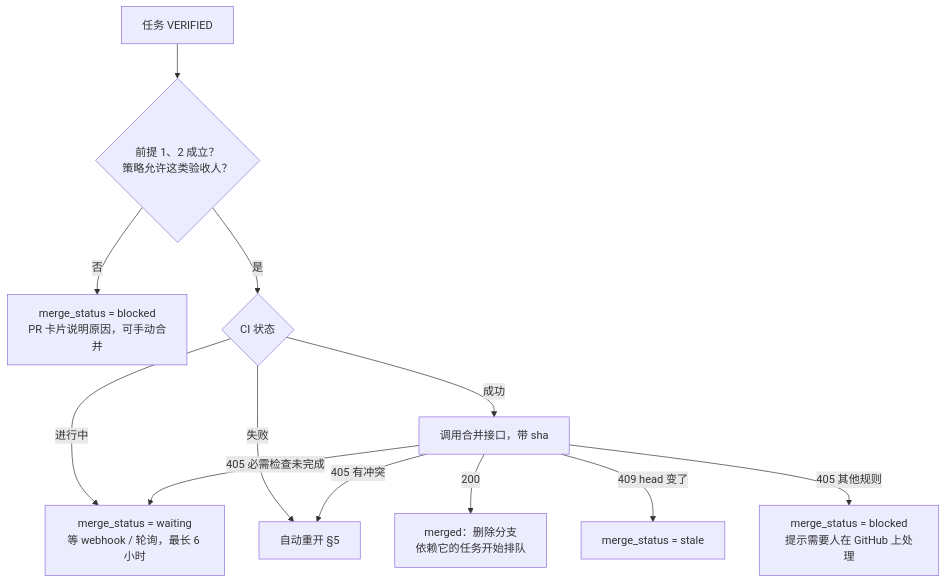
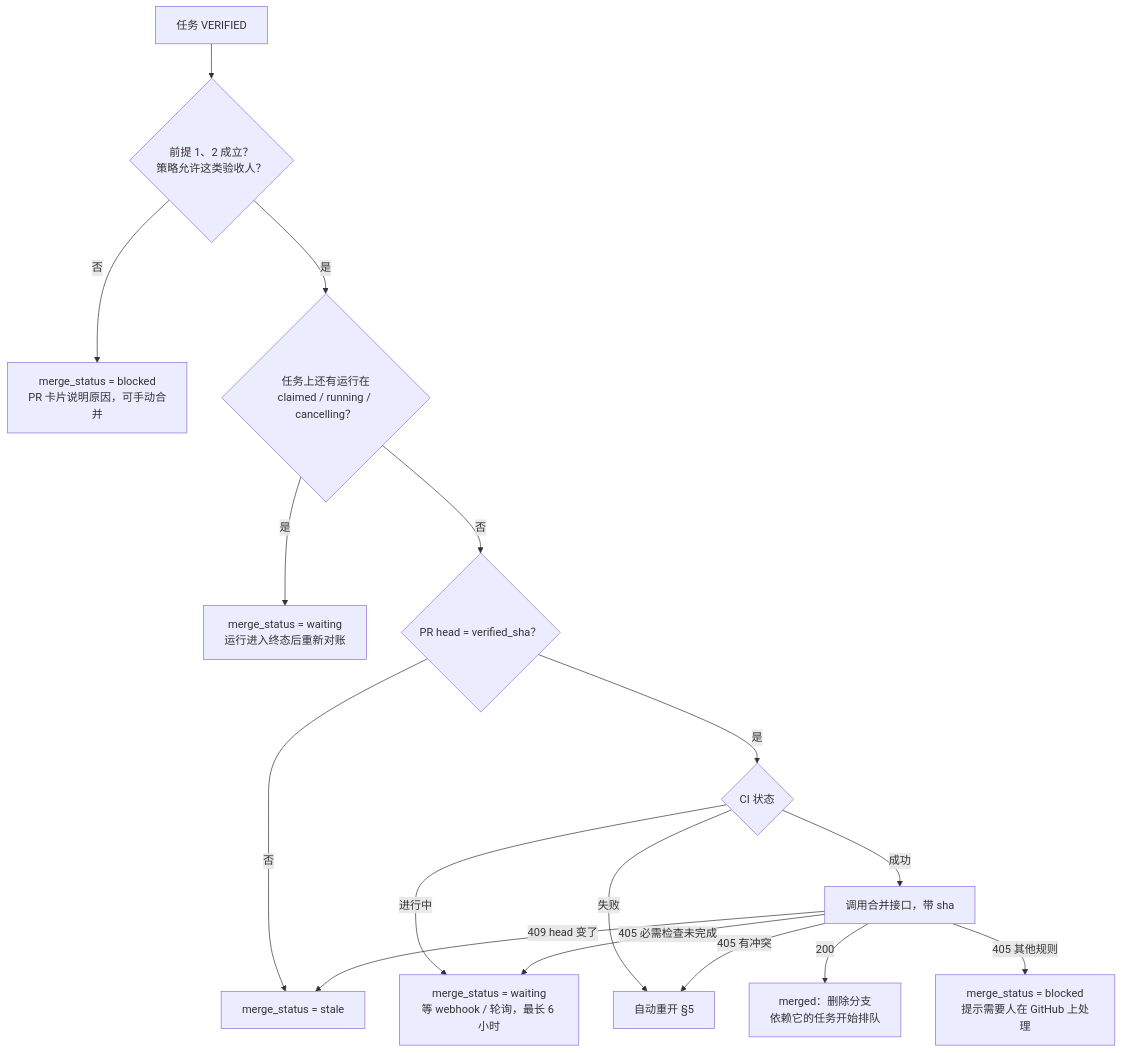
The diagram in designs/15-github.md (OkabeRintarou/helmsman-agents), drawn with Mermaid before and after one commit. The commit also changed other lines of this file and 11 other files, not shown here.

````diff
--- a/designs/15-github.md
+++ b/designs/15-github.md
@@ -84,14 +85,18 @@
 ```mermaid
 flowchart TD
     V[任务 VERIFIED] --> C{前提 1、2 成立？<br/>策略允许这类验收人？}
     C -- 否 --> N[merge_status = blocked<br/>PR 卡片说明原因，可手动合并]
-    C -- 是 --> K{CI 状态}
+    C -- 是 --> A{任务上还有运行在<br/>claimed / running / cancelling？}
+    A -- 是 --> WR[merge_status = waiting<br/>运行进入终态后重新对账]
+    A -- 否 --> H{PR head = verified_sha？}
+    H -- 否 --> S
+    H -- 是 --> K{CI 状态}
     K -- 进行中 --> W[merge_status = waiting<br/>等 webhook / 轮询，最长 6 小时]
     K -- 失败 --> R[自动重开 §5]
     K -- 成功 --> M[调用合并接口，带 sha]
     M -- 200 --> G[merged：删除分支<br/>依赖它的任务开始排队]
     M -- 409 head 变了 --> S[merge_status = stale]
     M -- 405 有冲突 --> R
     M -- 405 必需检查未完成 --> W
     M -- 405 其他规则 --> B[merge_status = blocked<br/>提示需要人在 GitHub 上处理]
 ```
````
